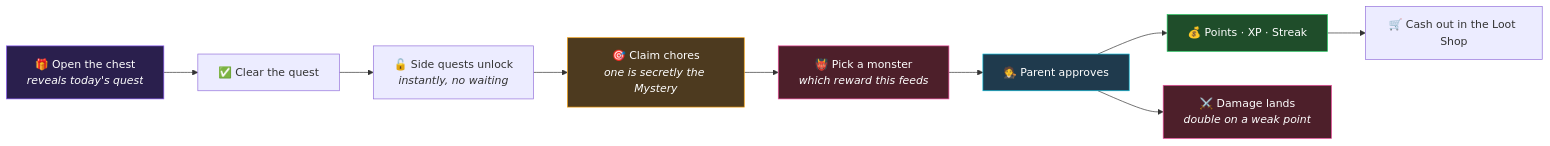
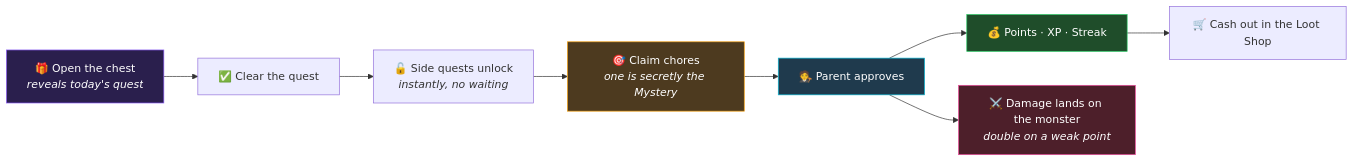
The diagram in README.md (developworkwright/levelup-chores), drawn with Mermaid before and after one commit. The commit also changed other lines of this file and 47 other files, not shown here.

````diff
--- a/README.md
+++ b/README.md
@@ -44,18 +44,16 @@
 ```mermaid
 flowchart LR
     A["🎁 Open the chest<br/><i>reveals today's quest</i>"] --> B["✅ Clear the quest"]
     B --> C["🔓 Side quests unlock<br/><i>instantly, no waiting</i>"]
     C --> D["🎯 Claim chores<br/><i>one is secretly the Mystery</i>"]
-    D --> M["👹 Pick a monster<br/><i>which reward this feeds</i>"]
-    M --> E["🧑‍⚖️ Parent approves"]
+    D --> E["🧑‍⚖️ Parent approves"]
     E --> F["💰 Points · XP · Streak"]
-    E --> H["⚔️ Damage lands<br/><i>double on a weak point</i>"]
+    E --> H["⚔️ Damage lands on the monster<br/><i>double on a weak point</i>"]
     F --> G["🛒 Cash out in the Loot Shop"]
 
     style A fill:#2a1f4d,stroke:#8b5cf6,color:#fff
     style D fill:#4d3a1f,stroke:#f59e0b,color:#fff
-    style M fill:#4d1f2a,stroke:#ec4899,color:#fff
     style E fill:#1f3a4d,stroke:#06b6d4,color:#fff
     style F fill:#1f4d2a,stroke:#22c55e,color:#fff
     style H fill:#4d1f2a,stroke:#ec4899,color:#fff
 ```
````
